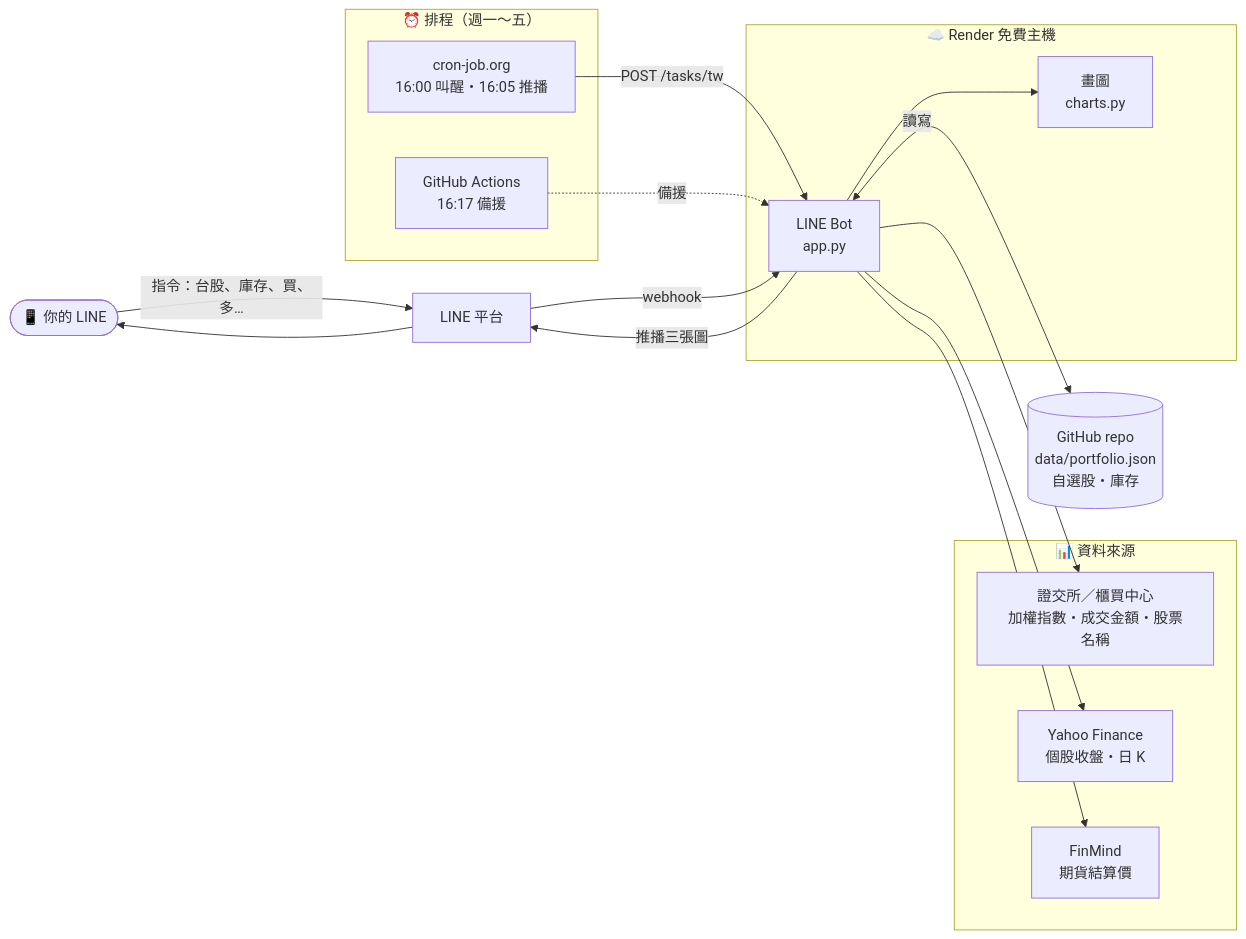
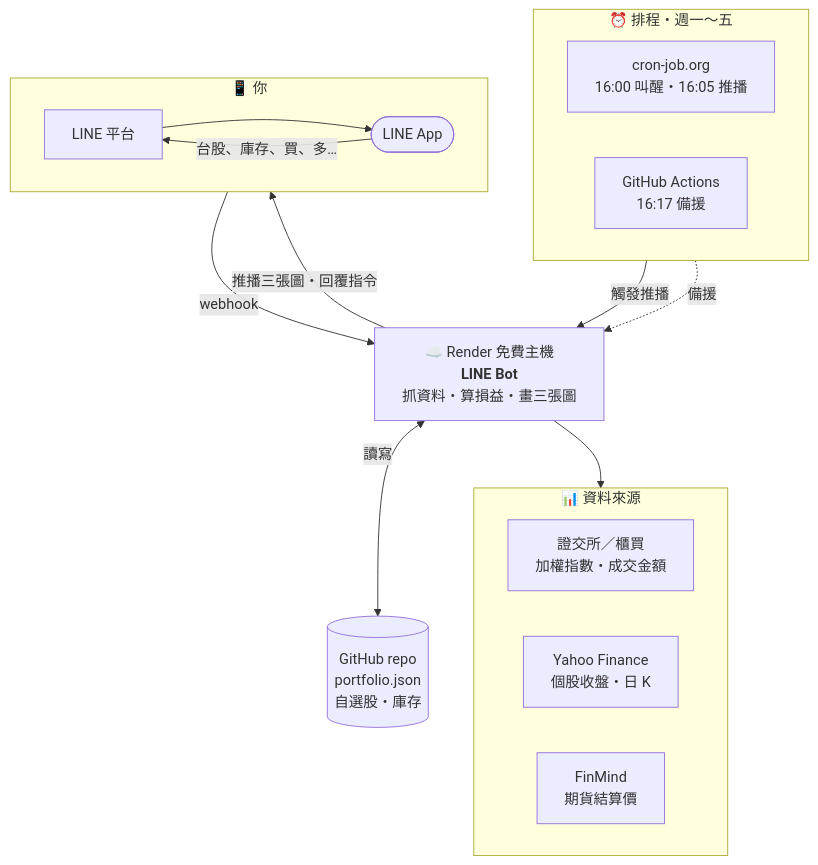
Before and after one commit to scm611-byte/line-market-bot: the first of 3 diagrams in README.md, drawn with Mermaid.

Commit message:
README：架構圖改為上下排列，較易閱讀

````diff
--- a/README.md
+++ b/README.md
@@ -24,33 +24,34 @@
 ```mermaid
-flowchart LR
-    you(["📱 你的 LINE"])
-
-    subgraph sched["⏰ 排程（週一～五）"]
+flowchart TB
+    subgraph sched["⏰ 排程・週一～五"]
+        direction LR
         cron["cron-job.org<br/>16:00 叫醒・16:05 推播"]
         gha["GitHub Actions<br/>16:17 備援"]
     end
 
-    subgraph render["☁️ Render 免費主機"]
-        bot["LINE Bot<br/>app.py"]
-        img["畫圖<br/>charts.py"]
-    end
+    bot["☁️ Render 免費主機<br/><b>LINE Bot</b><br/>抓資料・算損益・畫三張圖"]
 
     subgraph data["📊 資料來源"]
-        twse["證交所／櫃買中心<br/>加權指數・成交金額・股票名稱"]
+        direction LR
+        twse["證交所／櫃買<br/>加權指數・成交金額"]
         yahoo["Yahoo Finance<br/>個股收盤・日 K"]
         finmind["FinMind<br/>期貨結算價"]
     end
 
-    repo[("GitHub repo<br/>data/portfolio.json<br/>自選股・庫存")]
-    line["LINE 平台"]
+    repo[("GitHub repo<br/>portfolio.json<br/>自選股・庫存")]
 
-    cron -->|POST /tasks/tw| bot
+    subgraph phone["📱 你"]
+        direction LR
+        line["LINE 平台"]
+        you(["LINE App"])
+    end
+
+    cron -->|觸發推播| bot
     gha -.->|備援| bot
-    bot --> twse & yahoo & finmind
+    bot --> data
     bot <-->|讀寫| repo
-    bot --> img
-    bot -->|推播三張圖| line
+    bot -->|推播三張圖・回覆指令| line
     line --> you
-    you -->|指令：台股、庫存、買、多…| line
+    you -->|台股、庫存、買、多…| line
     line -->|webhook| bot
 ```
````
